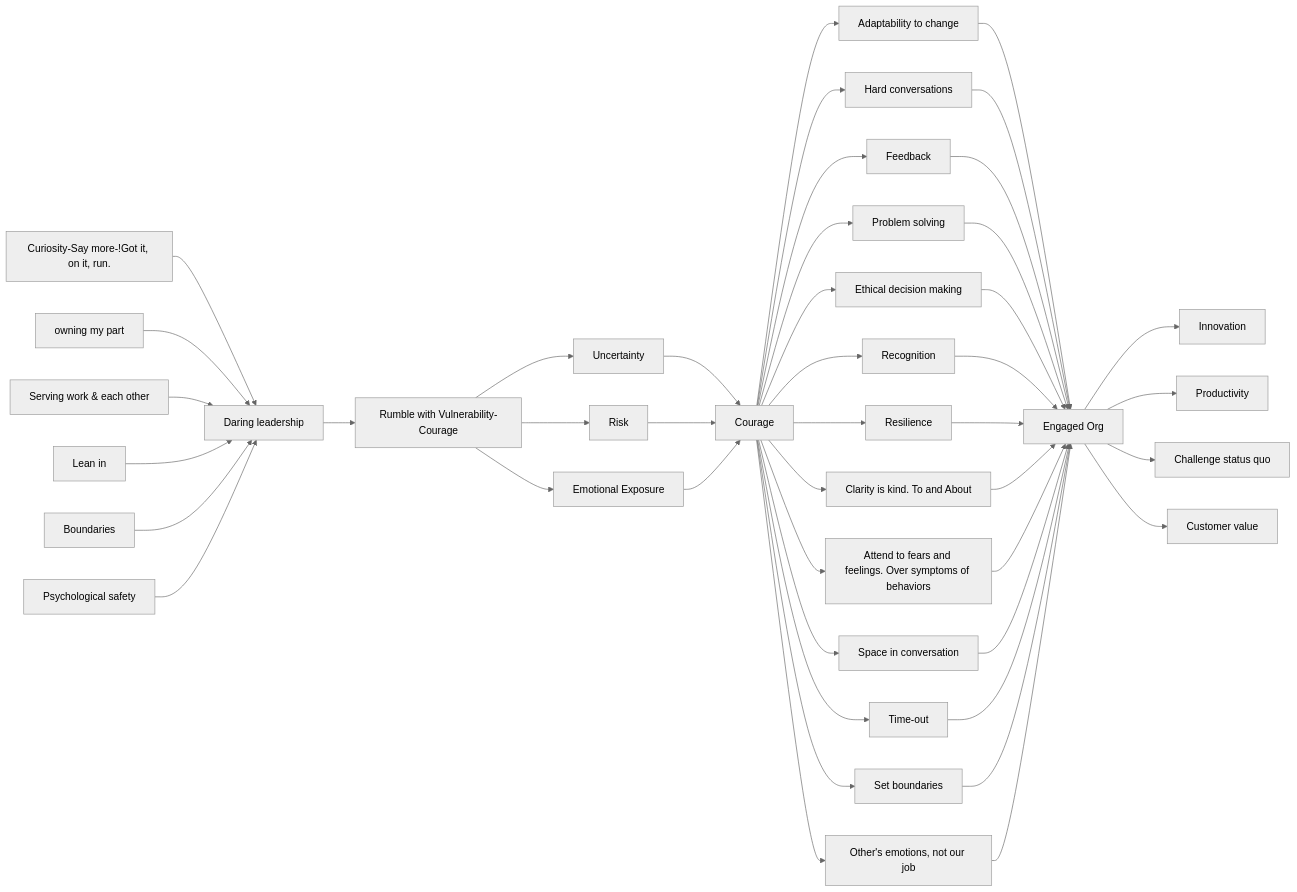
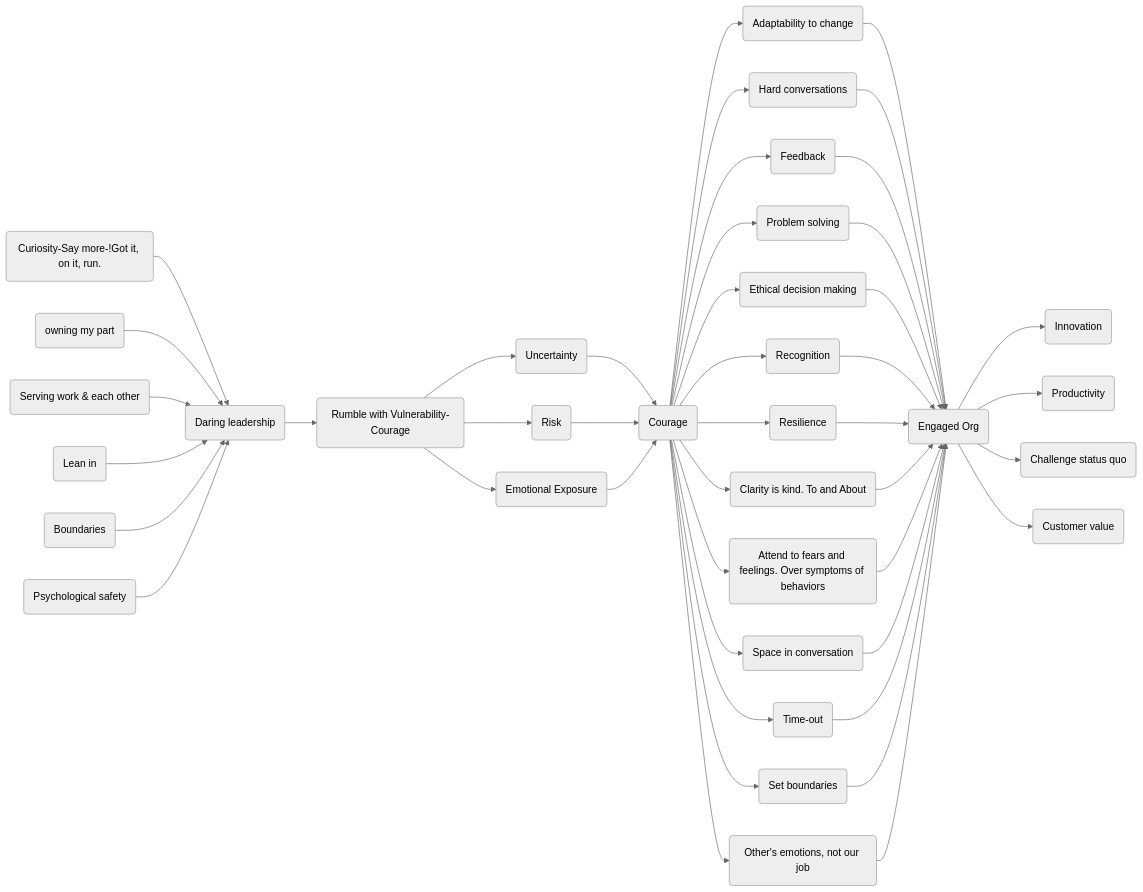
One commit to samratkar/samratkar.github.io changed the second of 2 diagrams in _posts/books/psych/daring-2-lead/2024-12-15-vulnerability.md. Above: the diagram before and after it, drawn with Mermaid (neutral theme). The commit also changed other lines of this file and 11 other files, not shown here.

```diff
--- a/_posts/books/psych/daring-2-lead/2024-12-15-vulnerability.md
+++ b/_posts/books/psych/daring-2-lead/2024-12-15-vulnerability.md
@@ -15,47 +195,47 @@
 <div class="mermaid">
     graph LR
-    O1[Curiosity-Say more-!Got it, on it, run.]-->M[Daring leadership]
-    O2[owning my part]-->M
-    O3[Serving work & each other]-->M
-    O4[Lean in]-->M
-    O5[Boundaries]-->M
-    O6[Psychological safety]-->M
+    O1(Curiosity-Say more-!Got it, on it, run.)-->M(Daring leadership)
+    O2(owning my part)-->M
+    O3(Serving work & each other)-->M
+    O4(Lean in)-->M
+    O5(Boundaries)-->M
+    O6(Psychological safety)-->M
 
-    M --> A[Rumble with Vulnerability-Courage]
-    A[Rumble with Vulnerability-Courage] --> B[Uncertainty]
-    A --> C[Risk]
-    A --> D[Emotional Exposure]
-    B --> E[Courage]
-    E --> N[Clarity is kind. To and About]
-    E --> S[Attend to fears and feelings. Over symptoms of behaviors]
+    M --> A(Rumble with Vulnerability-Courage)
+    A(Rumble with Vulnerability-Courage) --> B(Uncertainty)
+    A --> C(Risk)
+    A --> D(Emotional Exposure)
+    B --> E(Courage)
+    E --> N(Clarity is kind. To and About)
+    E --> S(Attend to fears and feelings. Over symptoms of behaviors)
     C --> E
     D --> E
-    E --> F[Adaptability to change]
-    E --> G[Hard conversations]
-    E --> H[Feedback]
-    E --> I[Problem solving]
-    E --> J[Ethical decision making]
-    E --> K[Recognition]
-    E --> L[Resilience]
-    E --> T[Space in conversation]
-    E --> U[Time-out]
-    E --> V[Set boundaries]
-    E --> W[Other's emotions, not our job]
-    F --> Z[Engaged Org]
+    E --> F(Adaptability to change)
+    E --> G(Hard conversations)
+    E --> H(Feedback)
+    E --> I(Problem solving)
+    E --> J(Ethical decision making)
+    E --> K(Recognition)
+    E --> L(Resilience)
+    E --> T(Space in conversation)
+    E --> U(Time-out)
+    E --> V(Set boundaries)
+    E --> W(Other's emotions, not our job)
+    F --> Z(Engaged Org)
     G --> Z
     H --> Z
     I --> Z
     J --> Z
     K --> Z
     L --> Z
     N --> Z
     S --> Z
     T --> Z
     U --> Z
     V --> Z
     W --> Z
-    Z --> O[Innovation]
-    Z --> P[Productivity]
-    Z --> Q[Challenge status quo]
-    Z --> R[Customer value]
+    Z --> O(Innovation)
+    Z --> P(Productivity)
+    Z --> Q(Challenge status quo)
+    Z --> R(Customer value)
 </div>
```
